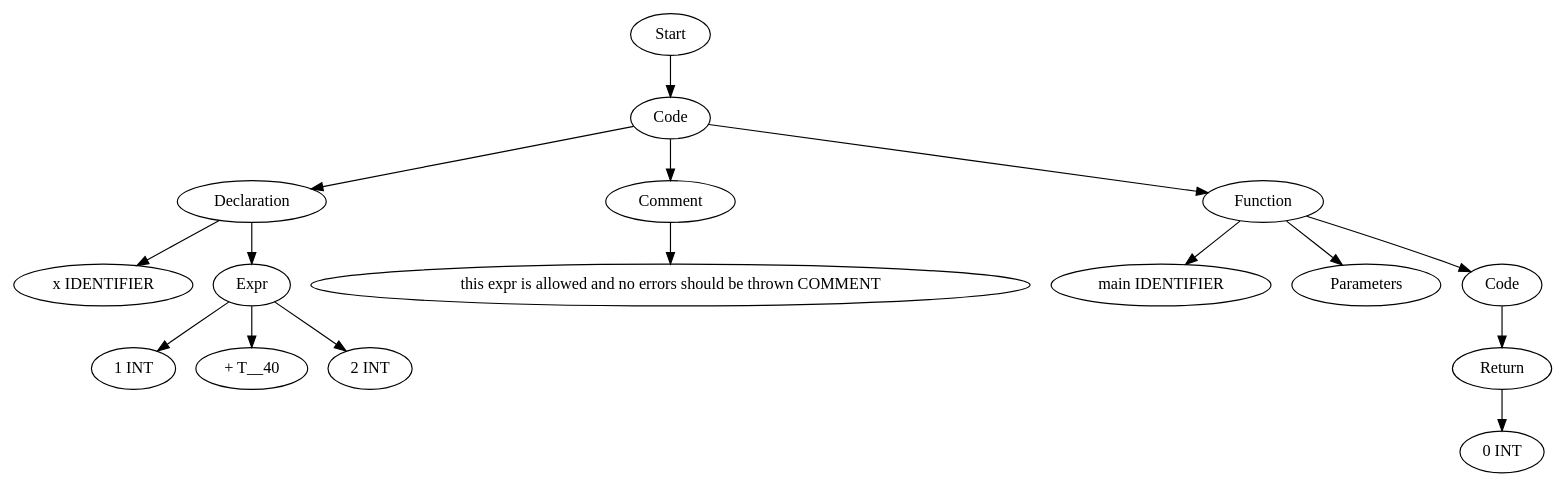
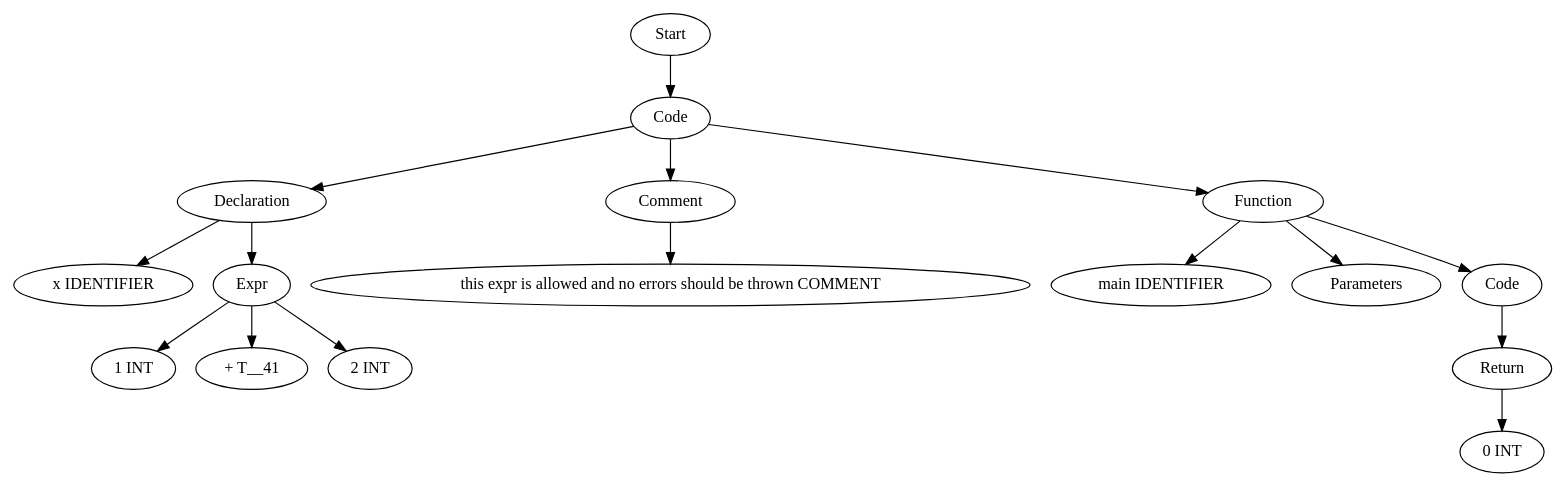
The diagram in TestCases/ASTTests/ConstraintsTests/createTests/read_file_after.dot (Are-you-listening/Compilers), drawn with Graphviz before and after one commit. The commit also changed 184 other files, not shown here.

```diff
--- a/TestCases/ASTTests/ConstraintsTests/createTests/read_file_after.dot
+++ b/TestCases/ASTTests/ConstraintsTests/createTests/read_file_after.dot
@@ -1,33 +1,33 @@
 digraph AST {
-  "126932684690320" [label="Start"];
-  "126932684690320" -> "126932684694016";
-  "126932684694016" [label="Code"];
-  "126932684694016" -> "126932684693296";
-  "126932684694016" -> "126932684694544";
-  "126932684694016" -> "126932684693392";
-  "126932684693296" [label="Declaration"];
-  "126932684693296" -> "126932684694640";
-  "126932684693296" -> "126932684696896";
-  "126932684694640" [label="x IDENTIFIER"];
-  "126932684696896" [label="Expr"];
-  "126932684696896" -> "126932684693248";
-  "126932684696896" -> "126932684693440";
-  "126932684696896" -> "126932684693632";
-  "126932684693248" [label="1 INT"];
-  "126932684693440" [label="+ T__40"];
-  "126932684693632" [label="2 INT"];
-  "126932684694544" [label="Comment"];
-  "126932684694544" -> "126932684693488";
-  "126932684693488" [label=" this expr is allowed and no errors should be thrown COMMENT"];
-  "126932684693392" [label="Function"];
-  "126932684693392" -> "126932684693536";
-  "126932684693392" -> "126932684693728";
-  "126932684693392" -> "126932684693872";
-  "126932684693536" [label="main IDENTIFIER"];
-  "126932684693728" [label="Parameters"];
-  "126932684693872" [label="Code"];
-  "126932684693872" -> "126932684693824";
-  "126932684693824" [label="Return"];
-  "126932684693824" -> "126932684693968";
-  "126932684693968" [label="0 INT"];
+  "133682583332192" [label="Start"];
+  "133682583332192" -> "133682583374336";
+  "133682583374336" [label="Code"];
+  "133682583374336" -> "133682583377408";
+  "133682583374336" -> "133682583372032";
+  "133682583374336" -> "133682583374192";
+  "133682583377408" [label="Declaration"];
+  "133682583377408" -> "133682583372464";
+  "133682583377408" -> "133682583375872";
+  "133682583372464" [label="x IDENTIFIER"];
+  "133682583375872" [label="Expr"];
+  "133682583375872" -> "133682583378944";
+  "133682583375872" -> "133682583380528";
+  "133682583375872" -> "133682583378752";
+  "133682583378944" [label="1 INT"];
+  "133682583380528" [label="+ T__41"];
+  "133682583378752" [label="2 INT"];
+  "133682583372032" [label="Comment"];
+  "133682583372032" -> "133682583373856";
+  "133682583373856" [label=" this expr is allowed and no errors should be thrown COMMENT"];
+  "133682583374192" [label="Function"];
+  "133682583374192" -> "133682583373904";
+  "133682583374192" -> "133682583375824";
+  "133682583374192" -> "133682583373280";
+  "133682583373904" [label="main IDENTIFIER"];
+  "133682583375824" [label="Parameters"];
+  "133682583373280" [label="Code"];
+  "133682583373280" -> "133682583375728";
+  "133682583375728" [label="Return"];
+  "133682583375728" -> "133682583378224";
+  "133682583378224" [label="0 INT"];
 }
```
